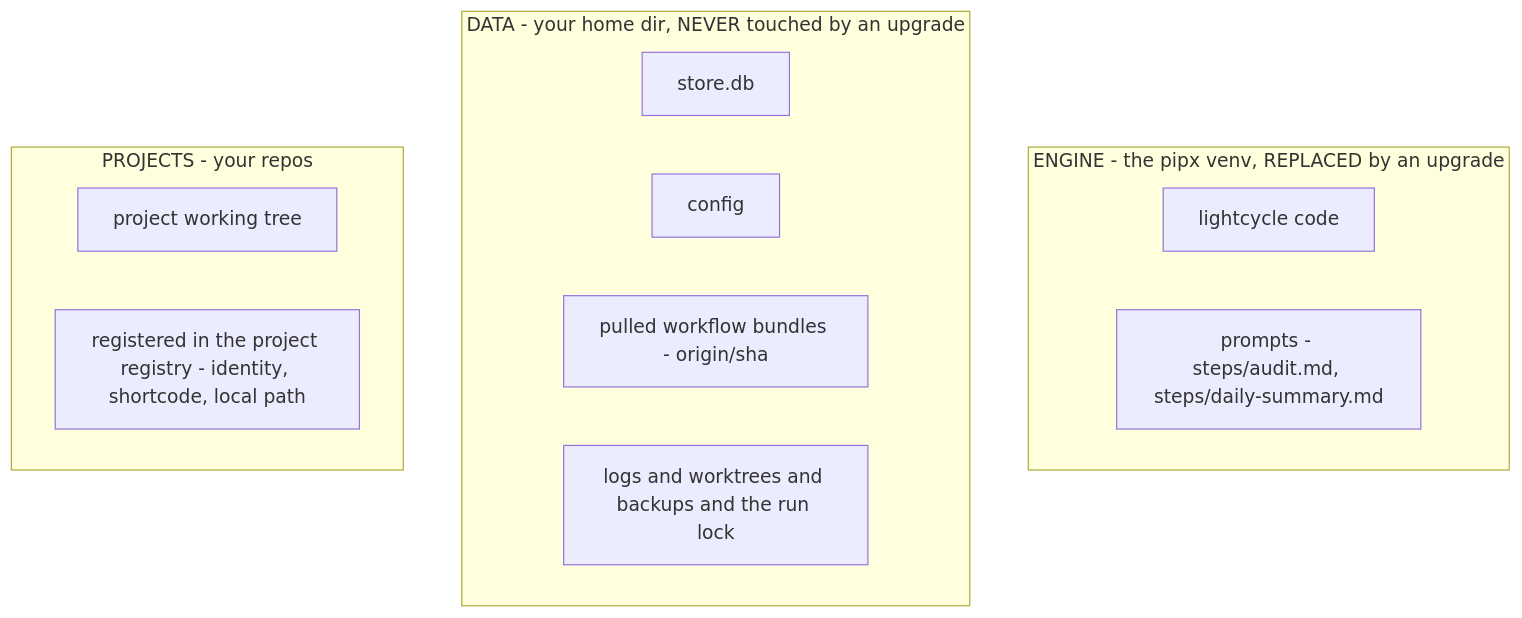
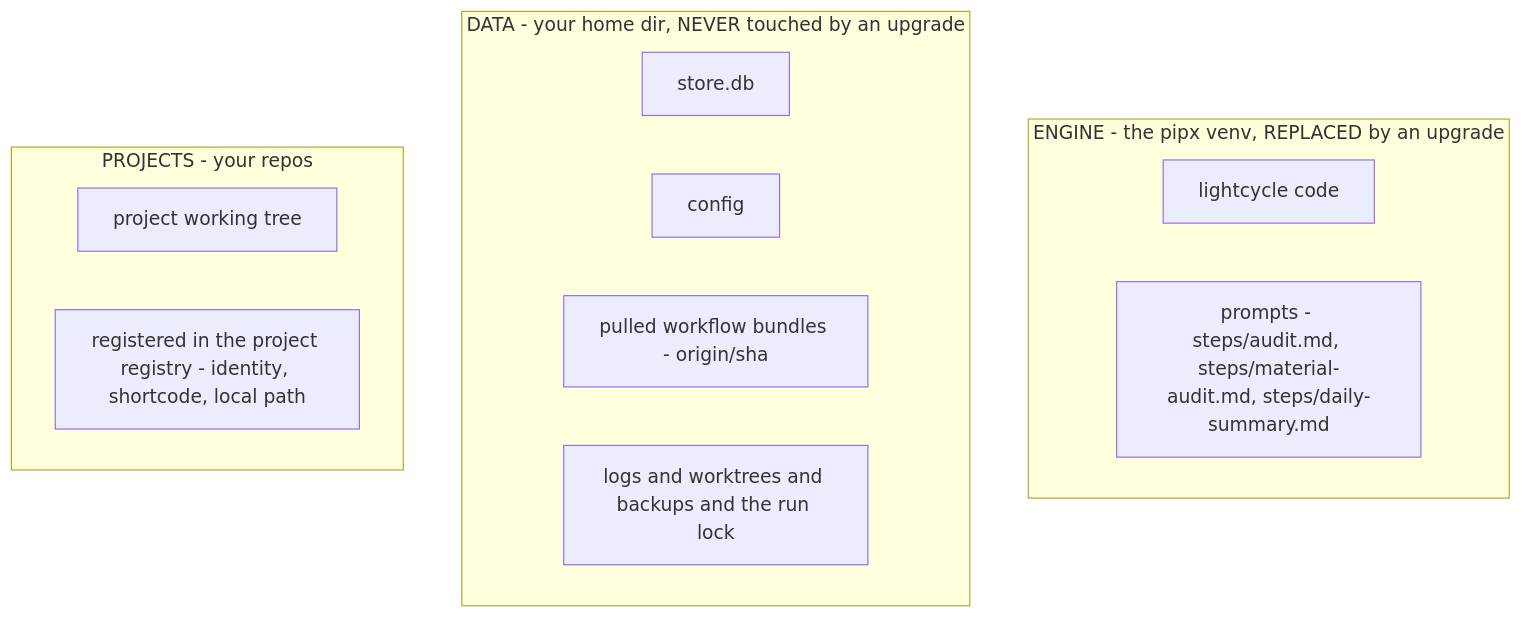
The diagram in docs/installation-and-config.md (kenmclennan/lightcycle), drawn with Mermaid before and after one commit. The commit also changed other lines of this file, not shown here.

Commit message:
docs(install): list material-audit.md among the engine-owned prompts (#1081)
The engine ships prompts/steps/material-audit.md and the ontology lists
it, but installation-and-config named only audit.md and daily-summary.md,
in both the diagram and the engine bullet. Found by the plugin-drift review.

````diff
--- a/docs/installation-and-config.md
+++ b/docs/installation-and-config.md
@@ -16,17 +16,17 @@
 ```mermaid
 graph TD
   subgraph engine[ENGINE - the pipx venv, REPLACED by an upgrade]
     code[lightcycle code]
-    prompts[prompts - steps/audit.md, steps/daily-summary.md]
+    prompts[prompts - steps/audit.md, steps/material-audit.md, steps/daily-summary.md]
   end
   subgraph data[DATA - your home dir, NEVER touched by an upgrade]
     store[store.db]
     conf[config]
     wf[pulled workflow bundles - origin/sha]
     rest[logs and worktrees and backups and the run lock]
   end
   subgraph projects[PROJECTS - your repos]
     repo[project working tree]
     reg[registered in the project registry - identity, shortcode, local path]
   end
 ```
````
